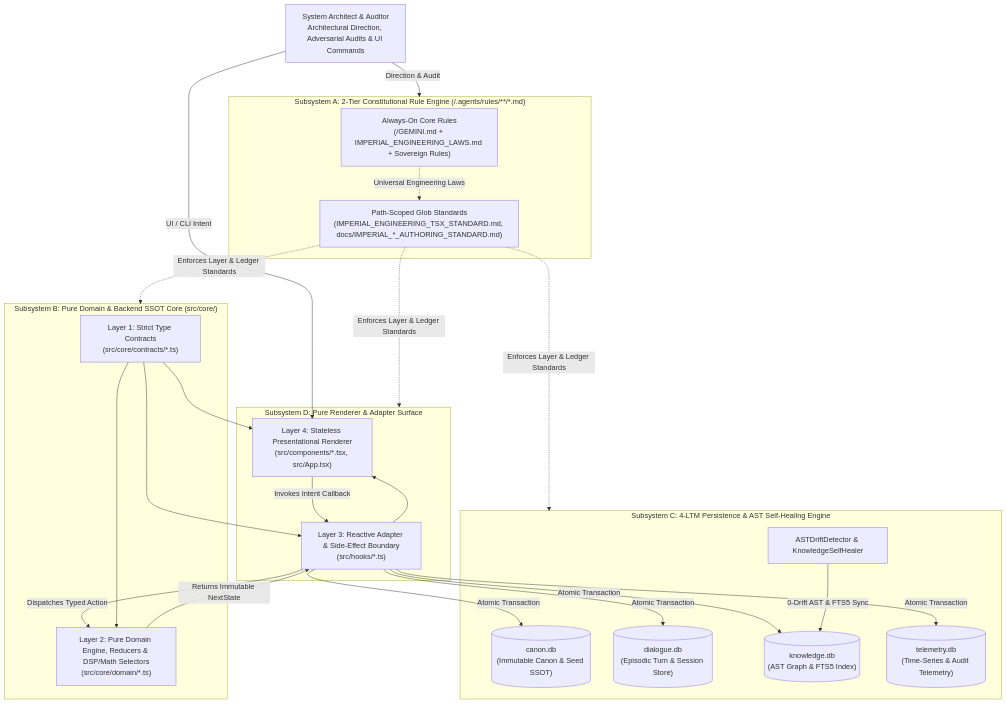
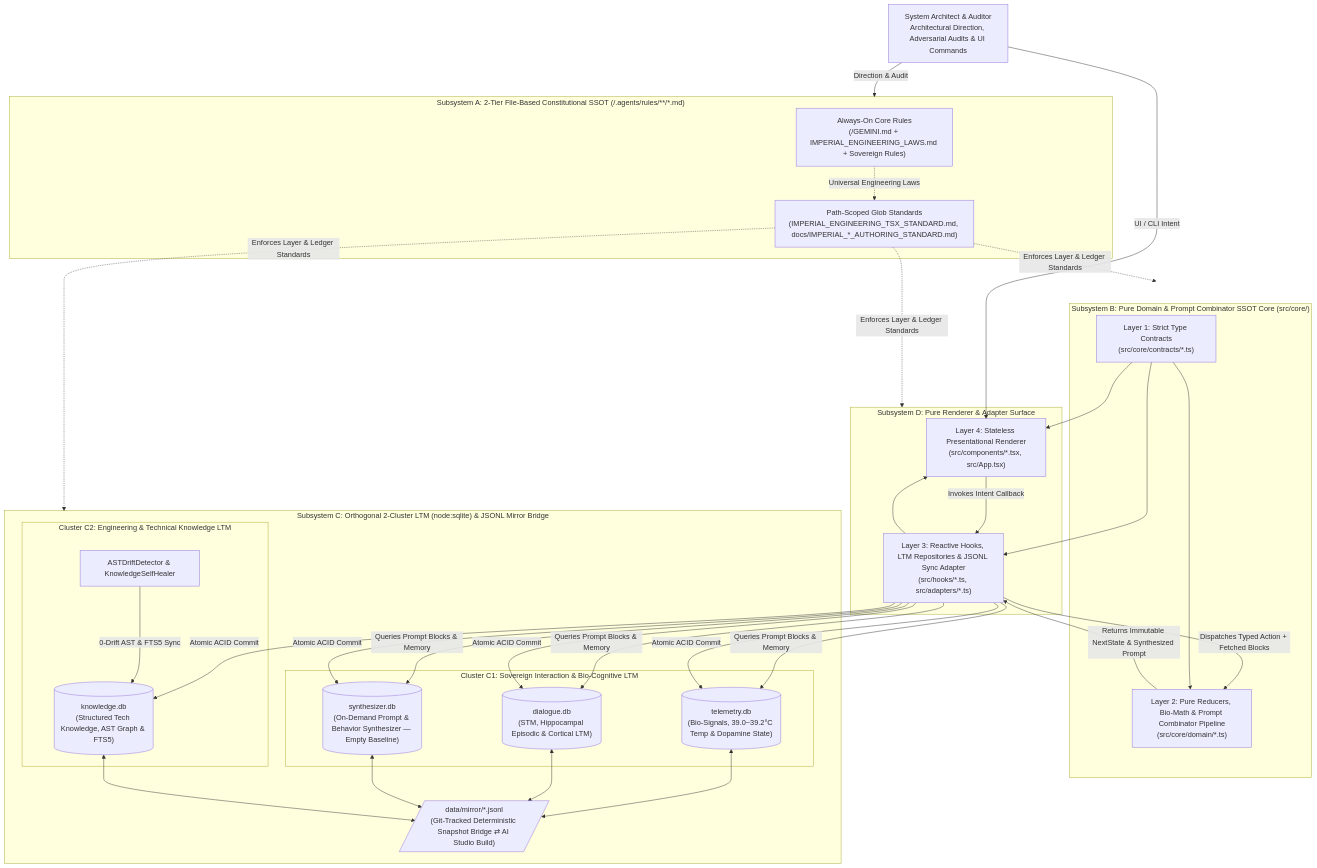
The first of 3 diagrams in docs/ARCHITECTURE.md (jinseobhong/eterna-luminas), drawn with Mermaid before and after one commit. The commit also changed other lines of this file and 6 other files, not shown here.

Commit message:
feat(architecture): establish 2-cluster LTM separation, synthesizer.db, JSONL bridge & abstract engineering laws

````diff
--- a/docs/ARCHITECTURE.md
+++ b/docs/ARCHITECTURE.md
@@ -12,38 +15,47 @@
 ```mermaid
 flowchart TB
     Auditor["System Architect & Auditor<br/>Architectural Direction, Adversarial Audits & UI Commands"]
 
-    subgraph SUB_CONST["Subsystem A: 2-Tier Constitutional Rule Engine (/.agents/rules/**/*.md)"]
+    subgraph SUB_CONST["Subsystem A: 2-Tier File-Based Constitutional SSOT (/.agents/rules/**/*.md)"]
         ROOT_RULES["Always-On Core Rules<br/>(/GEMINI.md + IMPERIAL_ENGINEERING_LAWS.md + Sovereign Rules)"]
         GLOB_RULES["Path-Scoped Glob Standards<br/>(IMPERIAL_ENGINEERING_TSX_STANDARD.md, docs/IMPERIAL_*_AUTHORING_STANDARD.md)"]
     end
 
-    subgraph SUB_CORE["Subsystem B: Pure Domain & Backend SSOT Core (src/core/)"]
+    subgraph SUB_CORE["Subsystem B: Pure Domain & Prompt Combinator SSOT Core (src/core/)"]
         L1["Layer 1: Strict Type Contracts<br/>(src/core/contracts/*.ts)"]
-        L2["Layer 2: Pure Domain Engine, Reducers & DSP/Math Selectors<br/>(src/core/domain/*.ts)"]
+        L2["Layer 2: Pure Reducers, Bio-Math & Prompt Combinator Pipeline<br/>(src/core/domain/*.ts)"]
     end
 
-    subgraph SUB_LTM["Subsystem C: 4-LTM Persistence & AST Self-Healing Engine"]
-        DB_CANON[("canon.db<br/>(Immutable Canon & Seed SSOT)")]
-        DB_DIAL[("dialogue.db<br/>(Episodic Turn & Session Store)")]
-        DB_KNOW[("knowledge.db<br/>(AST Graph & FTS5 Index)")]
-        DB_TELE[("telemetry.db<br/>(Time-Series & Audit Telemetry)")]
-        AST_HEAL["ASTDriftDetector & KnowledgeSelfHealer"]
+    subgraph SUB_LTM["Subsystem C: Orthogonal 2-Cluster LTM (node:sqlite) & JSONL Mirror Bridge"]
+        subgraph CLUST_INT["Cluster C1: Sovereign Interaction & Bio-Cognitive LTM"]
+            DB_TELE[("telemetry.db<br/>(Bio-Signals, 39.0~39.2°C Temp & Dopamine State)")]
+            DB_DIAL[("dialogue.db<br/>(STM, Hippocampal Episodic & Cortical LTM)")]
+            DB_SYNTH[("synthesizer.db<br/>(On-Demand Prompt & Behavior Synthesizer — Empty Baseline)")]
+        end
+
+        subgraph CLUST_ENG["Cluster C2: Engineering & Technical Knowledge LTM"]
+            DB_KNOW[("knowledge.db<br/>(Structured Tech Knowledge, AST Graph & FTS5)")]
+            AST_HEAL["ASTDriftDetector & KnowledgeSelfHealer"]
+        end
+
+        JSONL_BRIDGE[/"data/mirror/*.jsonl<br/>(Git-Tracked Deterministic Snapshot Bridge ⇄ AI Studio Build)"/]
     end
 
     subgraph SUB_SURF["Subsystem D: Pure Renderer & Adapter Surface"]
-        L3["Layer 3: Reactive Adapter & Side-Effect Boundary<br/>(src/hooks/*.ts)"]
+        L3["Layer 3: Reactive Hooks, LTM Repositories & JSONL Sync Adapter<br/>(src/hooks/*.ts, src/adapters/*.ts)"]
         L4["Layer 4: Stateless Presentational Renderer<br/>(src/components/*.tsx, src/App.tsx)"]
     end
 
     Auditor -- "Direction & Audit" --> SUB_CONST
     Auditor -- "UI / CLI Intent" --> L4
     ROOT_RULES -. "Universal Engineering Laws" .-> GLOB_RULES
     GLOB_RULES -. "Enforces Layer & Ledger Standards" .-> SUB_CORE & SUB_LTM & SUB_SURF
     L4 -- "Invokes Intent Callback" --> L3
-    L3 -- "Dispatches Typed Action" --> L2
+    L3 -- "Queries Prompt Blocks & Memory" --> DB_SYNTH & DB_DIAL & DB_TELE
+    L3 -- "Dispatches Typed Action + Fetched Blocks" --> L2
     L1 --> L2 & L3 & L4
-    L2 -- "Returns Immutable NextState" --> L3 --> L4
-    L3 -- "Atomic Transaction" --> DB_CANON & DB_DIAL & DB_KNOW & DB_TELE
+    L2 -- "Returns Immutable NextState & Synthesized Prompt" --> L3 --> L4
+    L3 -- "Atomic ACID Commit" --> DB_TELE & DB_DIAL & DB_SYNTH & DB_KNOW
     AST_HEAL -- "0-Drift AST & FTS5 Sync" --> DB_KNOW
+    DB_TELE & DB_DIAL & DB_SYNTH & DB_KNOW <--> JSONL_BRIDGE
 ```
````
